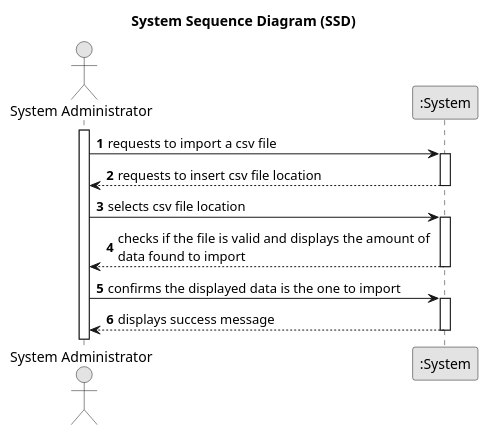
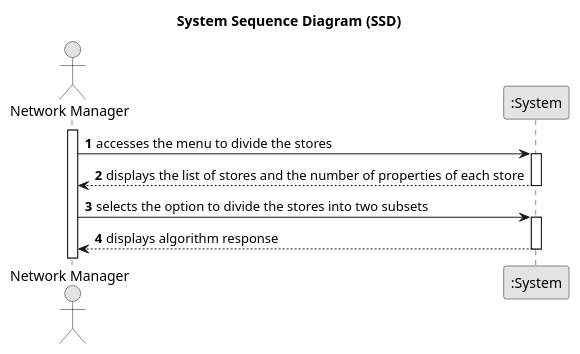
Before and after one commit to Goncalves2525/real-estate-management-system: the diagram in docs/sprintD/us019/01.requirements-engineering/puml/us019-system-sequence-diagram.puml, drawn with PlantUML. The commit also changed 10 other files, not shown here.

Commit message:
[US019] - Changes to the NetworkManagerDivideStoresScene.fxml and NetworkManagerDivideStoresWindow.java

```diff
--- a/docs/sprintD/us019/01.requirements-engineering/puml/us019-system-sequence-diagram.puml
+++ b/docs/sprintD/us019/01.requirements-engineering/puml/us019-system-sequence-diagram.puml
@@ -1,46 +1,28 @@
 @startuml
 skinparam monochrome true
 skinparam packageStyle rectangle
 skinparam shadowing false
 
 title System Sequence Diagram (SSD)
 
 autonumber
 
-actor "System Administrator" as Admin
+actor "Network Manager" as Manager
 participant ":System" as System
 
-activate Admin
+activate Manager
 
-    Admin -> System : requests to import a csv file
+    Manager -> System : accesses the menu to divide the stores
     activate System
 
-'    System --> Admin : lists types of data to import (Agents, Agencies, Orders)\n and asks to select one
-'    deactivate System
-'
-'    Admin -> System : selects a type of data to import
-'    activate System
-
-    System --> Admin : requests to insert csv file location
+    System --> Manager : displays the list of stores and the number of properties of each store
     deactivate System
 
-    Admin -> System: selects csv file location
+    Manager -> System : selects the option to divide the stores into two subsets
     activate System
 
-    System --> Admin: checks if the file is valid and displays the amount of \ndata found to import
-    deactivate System
-
-'    Admin -> System: selects the delimiter
-'    activate System
-
-'    System --> Admin: displays the data that it found in the csv file
-'    deactivate System
-
-    Admin -> System : confirms the displayed data is the one to import
-    activate System
-
-    System --> Admin : displays success message
+    System --> Manager : displays algorithm response
     deactivate System
 
 
 @enduml
```
